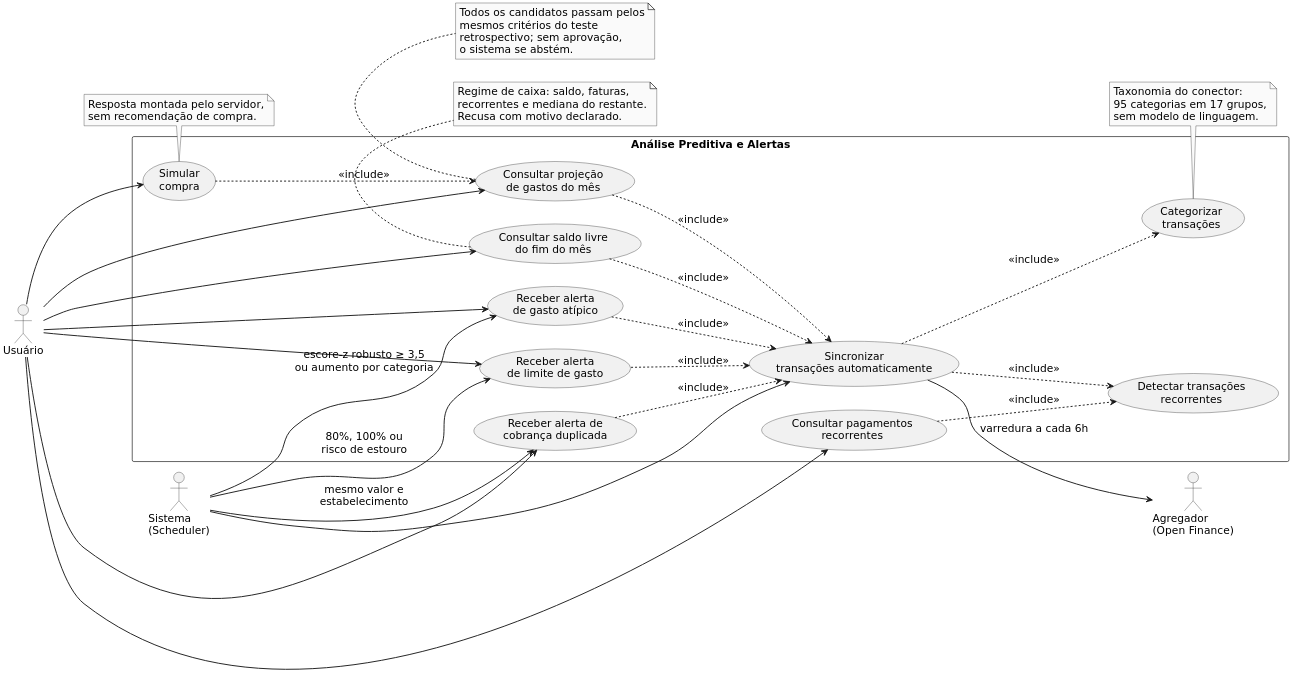
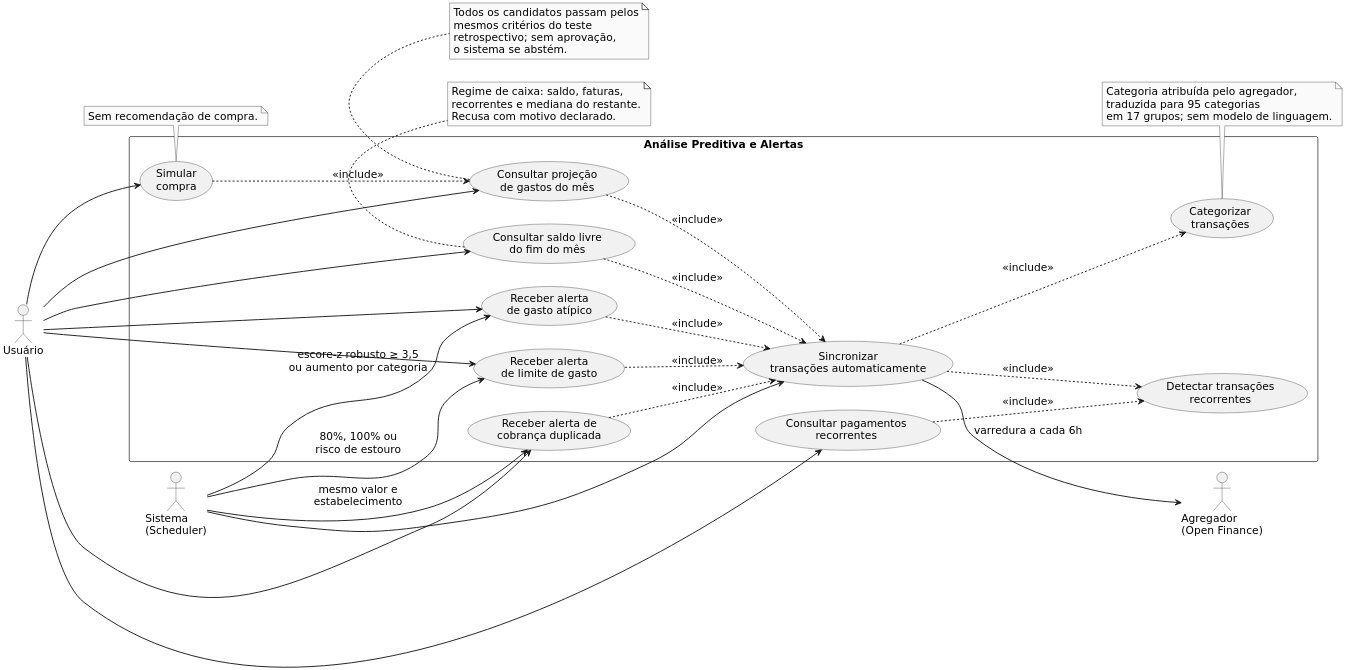
Before and after one commit to eigam-corp/thesis: the diagram in puml/uc02_analise_preditiva.puml, drawn with PlantUML. The commit also changed 68 other files, not shown here.

```diff
--- a/puml/uc02_analise_preditiva.puml
+++ b/puml/uc02_analise_preditiva.puml
@@ -1,76 +1,75 @@
 @startuml UC02 - Analise Preditiva e Alertas
 left to right direction
 skinparam packageStyle rectangle
 skinparam monochrome true
 skinparam defaultFontName "DejaVu Sans"
 skinparam shadowing false
 skinparam dpi 220
 skinparam defaultFontSize 16
 skinparam ArrowThickness 1.4
 
 actor "Usuário" as U
 actor "Sistema\n(Scheduler)" as SYS
 actor "Agregador\n(Open Finance)" as PL
 
 rectangle "Análise Preditiva e Alertas" {
     usecase "Receber alerta\nde gasto atípico" as UC10
     usecase "Receber alerta\nde limite de gasto" as UC11
     usecase "Consultar pagamentos\nrecorrentes" as UC12
     usecase "Consultar projeção\nde gastos do mês" as UC13
     usecase "Detectar transações\nrecorrentes" as UC14
     usecase "Categorizar\ntransações" as UC15
     usecase "Sincronizar\ntransações automaticamente" as UC16
     usecase "Receber alerta de\ncobrança duplicada" as UC17
     usecase "Consultar saldo livre\ndo fim do mês" as UC29
     usecase "Simular\ncompra" as UC30
 }
 
 U --> UC10
 U --> UC11
 U --> UC12
 U --> UC13
 U --> UC17
 U --> UC29
 U --> UC30
 
 SYS --> UC16
 SYS --> UC10 : escore-z robusto ≥ 3,5\nou aumento por categoria
 SYS --> UC11 : 80%, 100% ou\nrisco de estouro
 SYS --> UC17 : mesmo valor e\nestabelecimento
 
 UC16 --> PL : varredura a cada 6h
 UC16 ..> UC15 : <<include>>
 UC16 ..> UC14 : <<include>>
 UC12 ..> UC14 : <<include>>
 UC13 ..> UC16 : <<include>>
 
 UC10 ..> UC16 : <<include>>
 UC11 ..> UC16 : <<include>>
 UC17 ..> UC16 : <<include>>
 UC29 ..> UC16 : <<include>>
 UC30 ..> UC13 : <<include>>
 
 note bottom of UC15
-  Taxonomia do conector:
-  95 categorias em 17 grupos,
-  sem modelo de linguagem.
+  Categoria atribuída pelo agregador,
+  traduzida para 95 categorias
+  em 17 grupos; sem modelo de linguagem.
 end note
 
 note bottom of UC13
   Todos os candidatos passam pelos
   mesmos critérios do teste
   retrospectivo; sem aprovação,
   o sistema se abstém.
 end note
 
 note bottom of UC29
   Regime de caixa: saldo, faturas,
   recorrentes e mediana do restante.
   Recusa com motivo declarado.
 end note
 
 note bottom of UC30
-  Resposta montada pelo servidor,
-  sem recomendação de compra.
+  Sem recomendação de compra.
 end note
 @enduml
```
